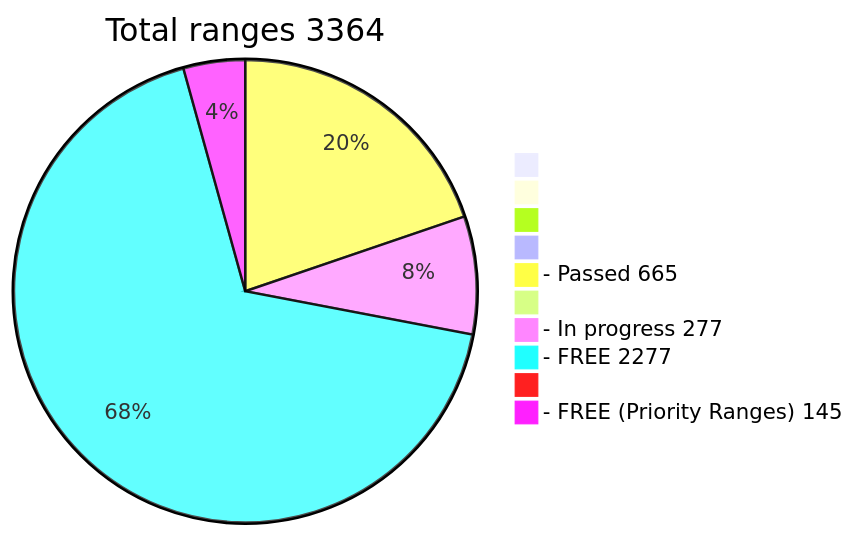
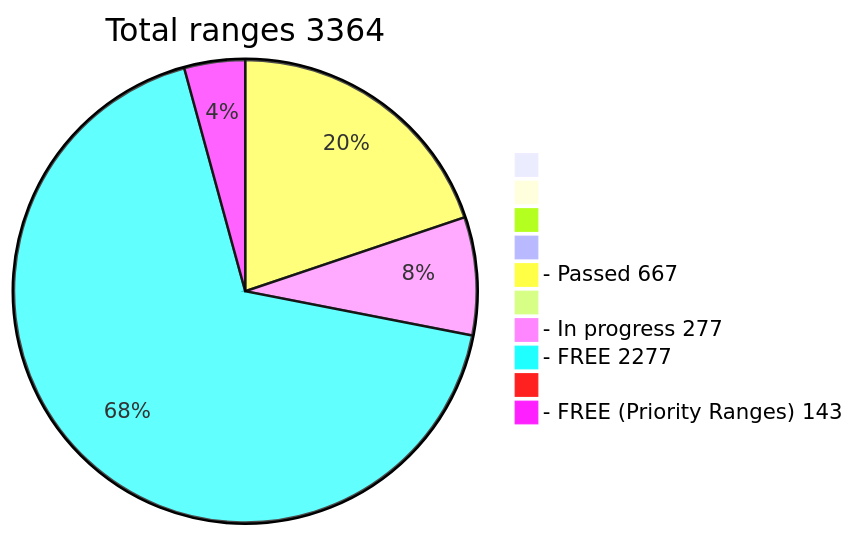
The diagram in README.md (phrutis/wif500), drawn with Mermaid before and after one commit.

````diff
--- a/README.md
+++ b/README.md
@@ -16,13 +16,13 @@
 ```mermaid
 pie title Total ranges 3364
              " " : 0
             "  " : 0
            "   " : 0
           "    " : 0
-  "- Passed 665" : 665
+  "- Passed 667" : 667
          "     " : 0
   "- In progress 277" : 277
    "- FREE 2277" : 2277
         "      " : 0
-  "- FREE (Priority Ranges) 145" : 145
+  "- FREE (Priority Ranges) 143" : 143
 ```
````
